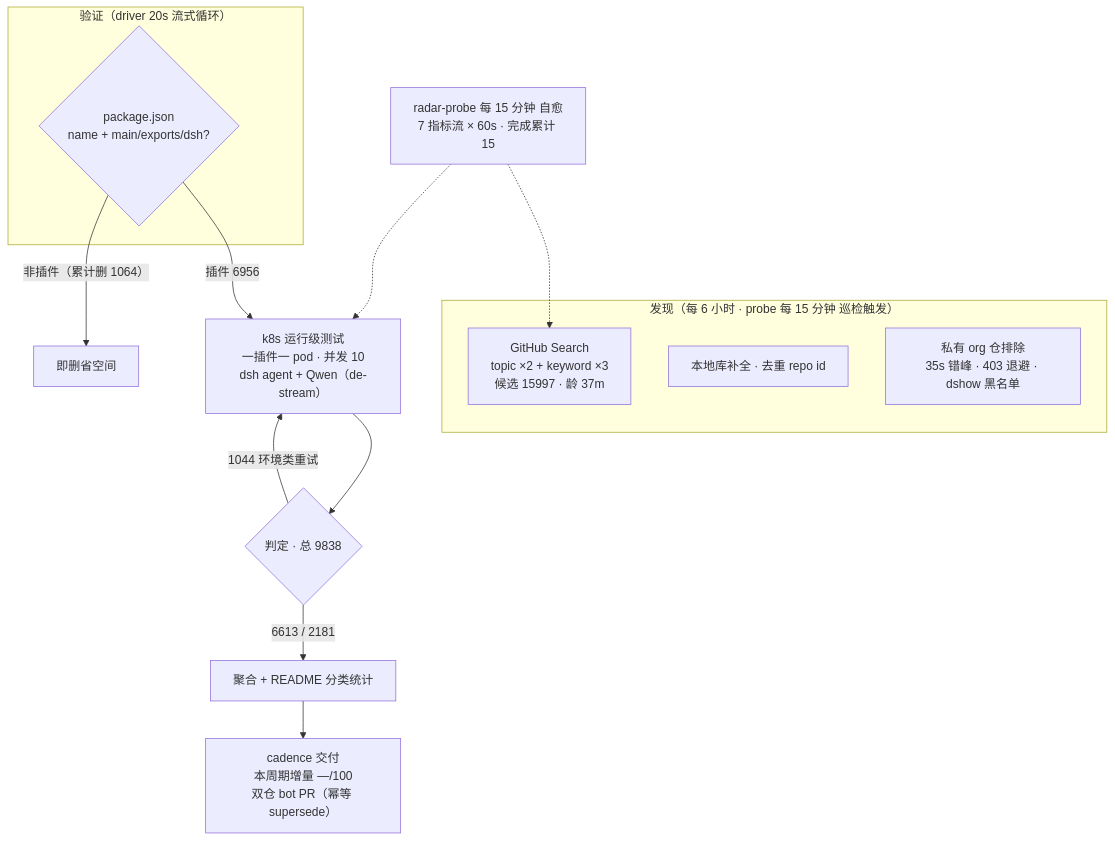
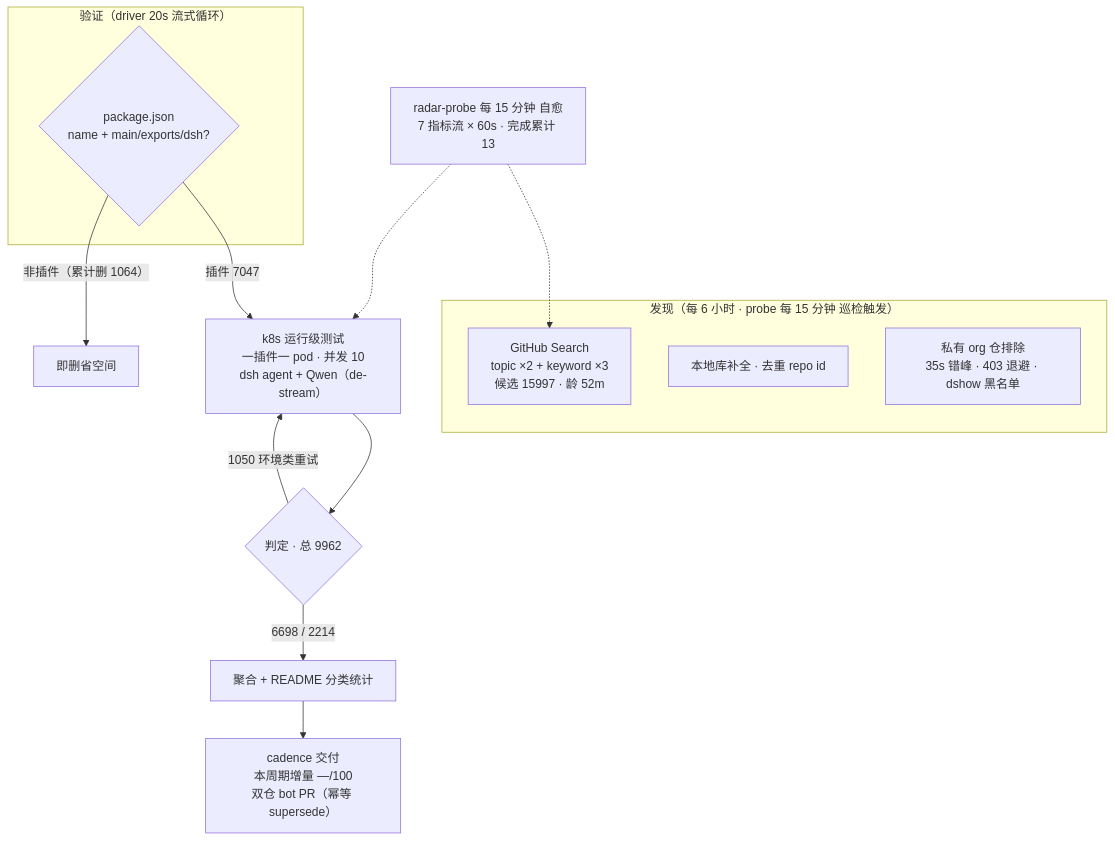
One commit to Zhidao-Lab-OSS/awesome-dsh-plugins changed the diagram in README.md. Above: the diagram before and after it, drawn with Mermaid. The commit also changed other lines of this file and 1 other file, not shown here.

````diff
--- a/README.md
+++ b/README.md
@@ -37,20 +37,20 @@
 ```mermaid
 flowchart TB
     subgraph Discovery["发现（每 6 小时 · probe 每 15 分钟 巡检触发）"]
-        A1["GitHub Search<br/>topic ×2 + keyword ×3<br/>候选 15997 · 龄 37m"]
+        A1["GitHub Search<br/>topic ×2 + keyword ×3<br/>候选 15997 · 龄 52m"]
         A2["本地库补全 · 去重 repo id"]
         A3["私有 org 仓排除<br/>35s 错峰 · 403 退避 · dshow 黑名单"]
     end
     subgraph Validation["验证（driver 20s 流式循环）"]
         B1{"package.json<br/>name + main/exports/dsh?"}
     end
-    B1 -->|"插件 6956"| C1["k8s 运行级测试<br/>一插件一 pod · 并发 10<br/>dsh agent + Qwen（de-stream）"]
+    B1 -->|"插件 7047"| C1["k8s 运行级测试<br/>一插件一 pod · 并发 10<br/>dsh agent + Qwen（de-stream）"]
     B1 -->|"非插件（累计删 1064）"| B3["即删省空间"]
-    C1 --> D1{"判定 · 总 9838"}
-    D1 -->|"6613 / 2181"| E1["聚合 + README 分类统计"]
-    D1 -->|"1044 环境类重试"| C1
+    C1 --> D1{"判定 · 总 9962"}
+    D1 -->|"6698 / 2214"| E1["聚合 + README 分类统计"]
+    D1 -->|"1050 环境类重试"| C1
     E1 --> E2["cadence 交付<br/>本周期增量 —/100<br/>双仓 bot PR（幂等 supersede）"]
-    M["radar-probe 每 15 分钟 自愈<br/>7 指标流 × 60s · 完成累计 15"]
+    M["radar-probe 每 15 分钟 自愈<br/>7 指标流 × 60s · 完成累计 13"]
     M -.-> A1
     M -.-> C1
 ```
````
